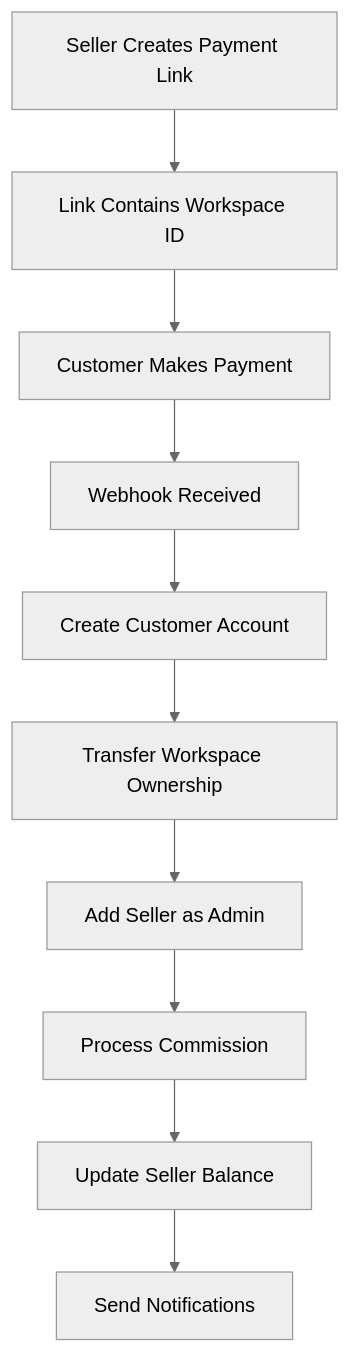
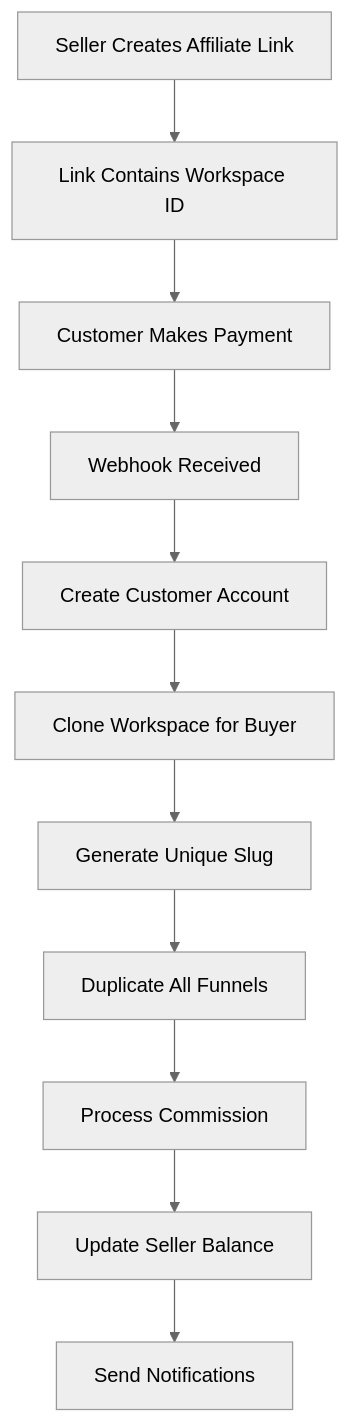
The diagram in AFFILIATE_IMPLEMENTATION_GUIDE.md (Hady-Achkar/funnel-builder-api), drawn with Mermaid (neutral theme) before and after one commit. The commit also changed other lines of this file, not shown here.

Commit message:
feat: implement workspace cloning functionality; update affiliate marketplace guide and related services

````diff
--- a/AFFILIATE_IMPLEMENTATION_GUIDE.md
+++ b/AFFILIATE_IMPLEMENTATION_GUIDE.md
@@ -37,12 +37,13 @@
 ```mermaid
 graph TD
-    A[Seller Creates Payment Link] --> B[Link Contains Workspace ID]
+    A[Seller Creates Affiliate Link] --> B[Link Contains Workspace ID]
     B --> C[Customer Makes Payment]
     C --> D[Webhook Received]
     D --> E[Create Customer Account]
-    E --> F[Transfer Workspace Ownership]
-    F --> G[Add Seller as Admin]
-    G --> H[Process Commission]
-    H --> I[Update Seller Balance]
-    I --> J[Send Notifications]
+    E --> F[Clone Workspace for Buyer]
+    F --> G[Generate Unique Slug]
+    G --> H[Duplicate All Funnels]
+    H --> I[Process Commission]
+    I --> J[Update Seller Balance]
+    J --> K[Send Notifications]
 ```
````
